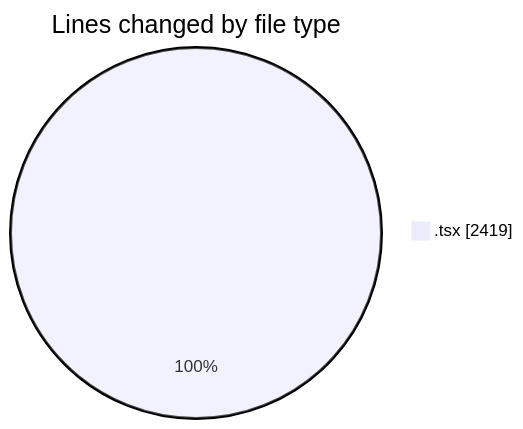
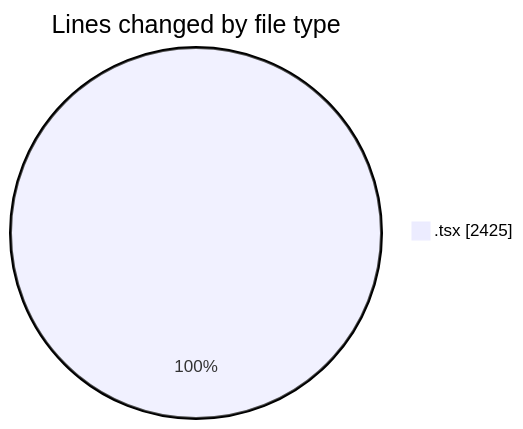
The first of 2 diagrams in 2026-02-09/nxtqube_webapp/README.md (nxtqubesakshisongat/code-tracking), drawn with Mermaid before and after one commit. The commit also changed other lines of this file and 1 other file, not shown here.

````diff
--- a/2026-02-09/nxtqube_webapp/README.md
+++ b/2026-02-09/nxtqube_webapp/README.md
@@ -22,5 +22,5 @@
 ```mermaid
 pie showData
 title Lines changed by file type
-".tsx" : 2419
+".tsx" : 2425
 ```
````
